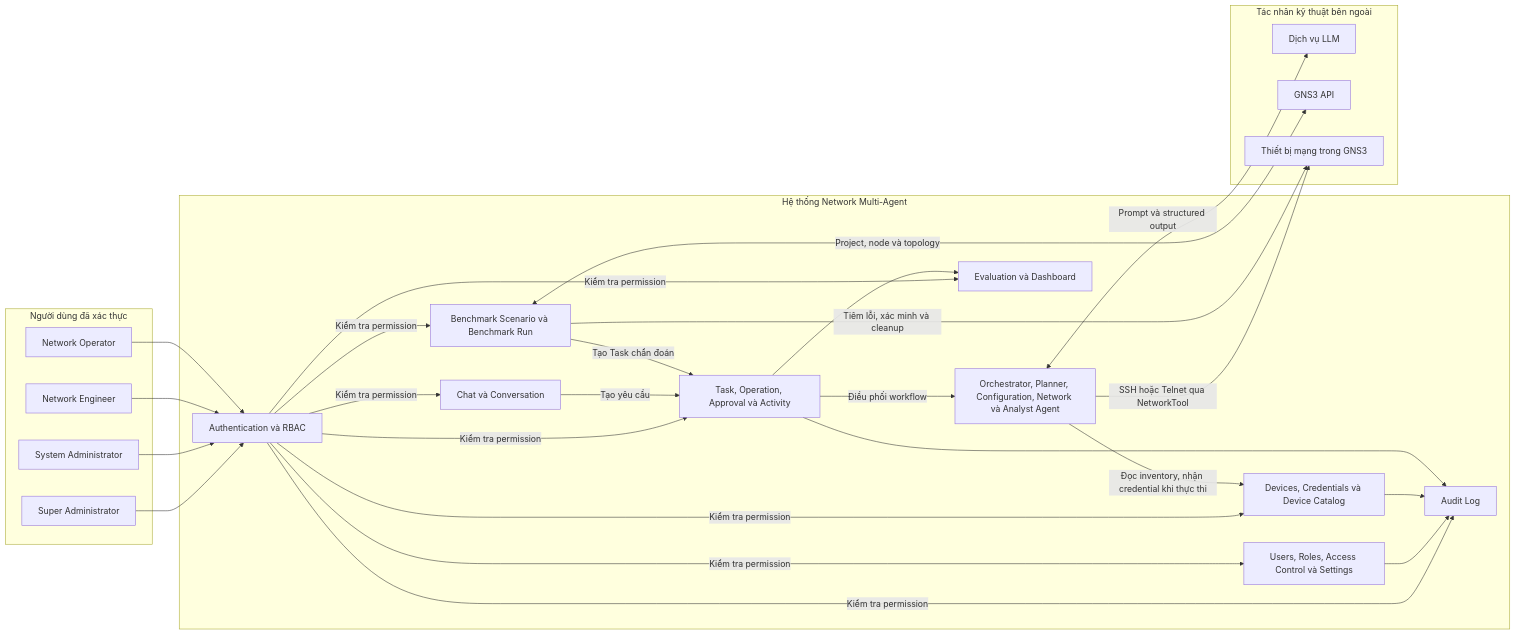
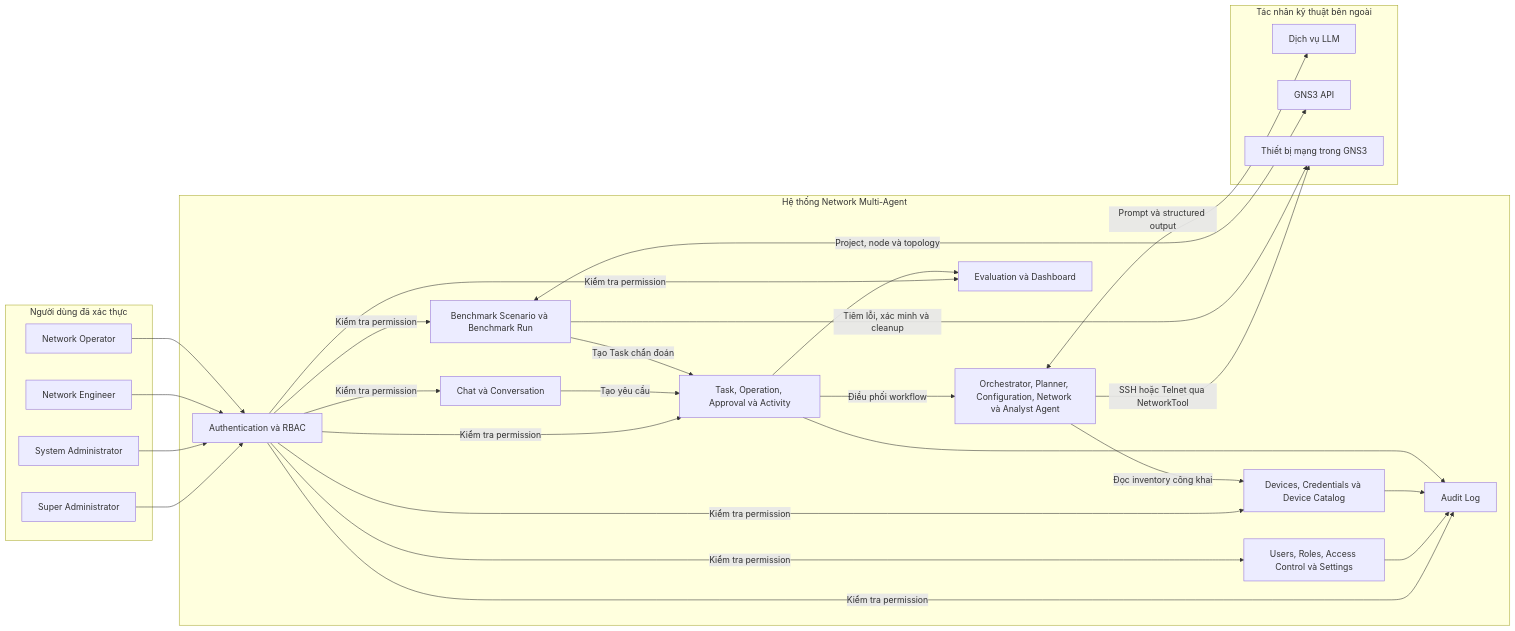
Before and after one commit to mujin0422/network-multi-agent-system-backend: the first of 11 diagrams in docs/reports/report-end-of-term.md, drawn with Mermaid. The commit also changed other lines of this file, not shown here.

Commit message:
docs(report): align architecture with implemented workflow

````diff
--- a/docs/reports/report-end-of-term.md
+++ b/docs/reports/report-end-of-term.md
@@ -480,53 +480,53 @@
 ```mermaid
 flowchart LR
     subgraph ACTORS[Người dùng đã xác thực]
         SA[Super Administrator]
         SYSA[System Administrator]
         NE[Network Engineer]
         NO[Network Operator]
     end
 
     subgraph SYSTEM[Hệ thống Network Multi-Agent]
         RBAC[Authentication và RBAC]
         ADMIN[Users, Roles, Access Control và Settings]
         INVENTORY[Devices, Credentials và Device Catalog]
         CHAT[Chat và Conversation]
         TASK[Task, Operation, Approval và Activity]
         MAS[Orchestrator, Planner, Configuration, Network và Analyst Agent]
         BENCH[Benchmark Scenario và Benchmark Run]
         EVAL[Evaluation và Dashboard]
         AUDIT[Audit Log]
     end
 
     subgraph EXTERNAL[Tác nhân kỹ thuật bên ngoài]
         LLM[Dịch vụ LLM]
         GNS3[GNS3 API]
         DEV[Thiết bị mạng trong GNS3]
     end
 
     SA --> RBAC
     SYSA --> RBAC
     NE --> RBAC
     NO --> RBAC
 
     RBAC -->|Kiểm tra permission| ADMIN
     RBAC -->|Kiểm tra permission| INVENTORY
     RBAC -->|Kiểm tra permission| CHAT
     RBAC -->|Kiểm tra permission| TASK
     RBAC -->|Kiểm tra permission| BENCH
     RBAC -->|Kiểm tra permission| EVAL
     RBAC -->|Kiểm tra permission| AUDIT
 
     CHAT -->|Tạo yêu cầu| TASK
     TASK -->|Điều phối workflow| MAS
     MAS <-->|Prompt và structured output| LLM
-    MAS -->|Đọc inventory, nhận credential khi thực thi| INVENTORY
+    MAS -->|Đọc inventory công khai| INVENTORY
     MAS -->|SSH hoặc Telnet qua NetworkTool| DEV
     BENCH <-->|Project, node và topology| GNS3
     BENCH -->|Tiêm lỗi, xác minh và cleanup| DEV
     BENCH -->|Tạo Task chẩn đoán| TASK
     TASK --> EVAL
     ADMIN --> AUDIT
     INVENTORY --> AUDIT
     TASK --> AUDIT
 ```
````
